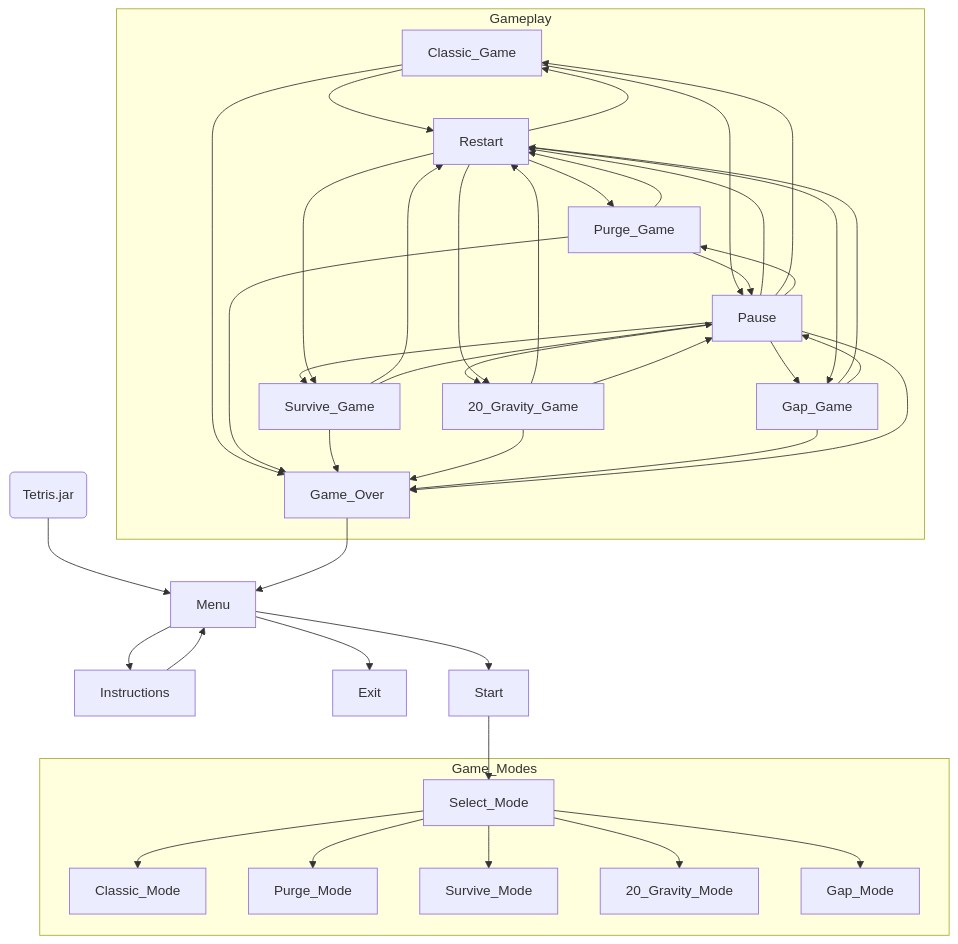
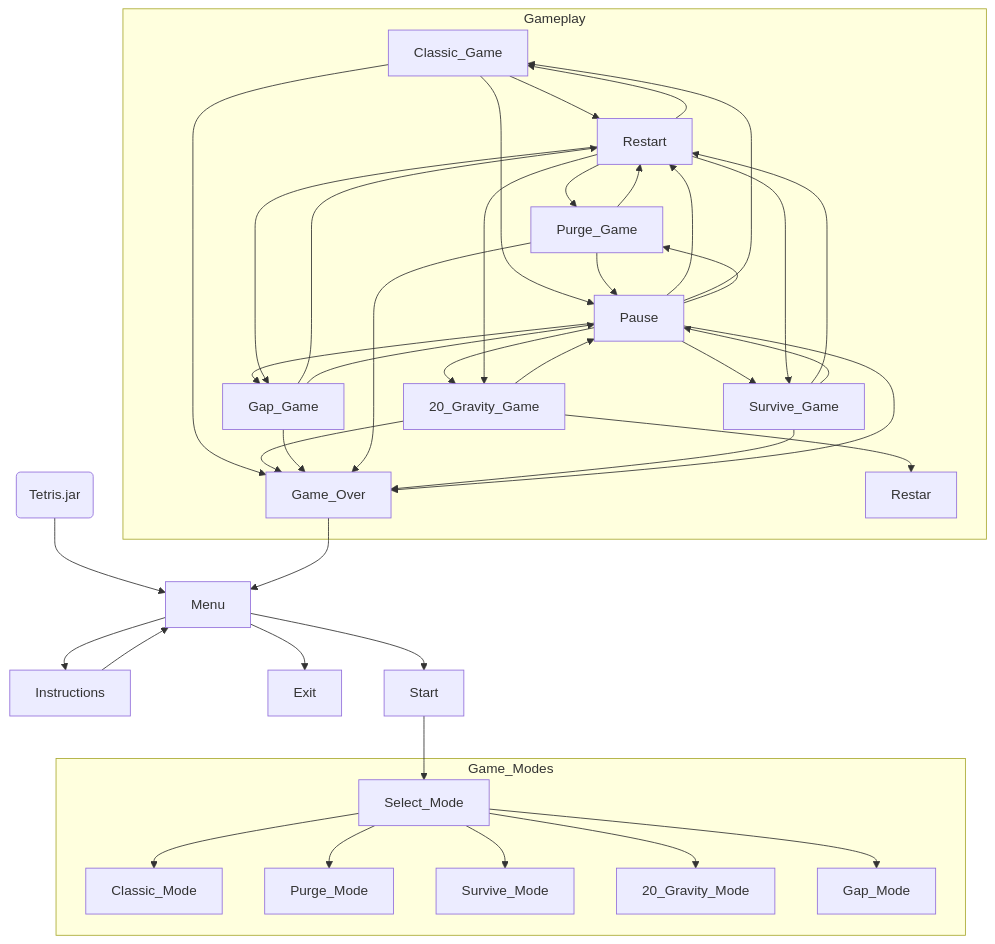
One commit to sheng-luen-chung/JAVA_11302_Project changed the second of 3 diagrams in README.md. Above: the diagram before and after it, drawn with Mermaid.

````diff
--- a/README.md
+++ b/README.md
@@ -534,55 +534,57 @@
 ```mermaid
  flowchart TD
     Execute(Tetris.jar)
     Execute --> Menu
     Menu --> Instructions
     Menu --> Exit
     Instructions --> Menu
     Menu --> Start
 
     Start --> Select_Mode
 
     subgraph Game_Modes
         Select_Mode --> Classic_Mode
         Select_Mode --> Purge_Mode
         Select_Mode --> Survive_Mode
         Select_Mode --> 20_Gravity_Mode
         Select_Mode --> Gap_Mode
     end
 
     subgraph Gameplay
         Classic_Game --> Game_Over
+        Classic_Game --> Restart
+        Classic_Game --> Pause
+
+        20_Gravity_Game --> Game_Over
+        20_Gravity_Game --> Restar
+        20_Gravity_Game --> Pause
+
+        Gap_Game --> Game_Over
+        Gap_Game --> Restart
+        Gap_Game --> Pause
+
         Purge_Game --> Game_Over
-        Survive_Game --> Game_Over
-        20_Gravity_Game --> Game_Over
-        Gap_Game --> Game_Over
-
-        Classic_Game --> Restart
         Purge_Game --> Restart
+        Purge_Game --> Pause
+       
         Survive_Game --> Restart
-        20_Gravity_Game --> Restart
-        Gap_Game --> Restart
-
-        Classic_Game --> Pause
-        Purge_Game --> Pause
+        Survive_Game --> Game_Over        
         Survive_Game --> Pause
-        20_Gravity_Game --> Pause
-        Gap_Game --> Pause
     end
 
         Pause --> Game_Over
         Pause --> Restart
         Pause --> Classic_Game 
         Pause --> Purge_Game
         Pause --> Survive_Game
         Pause --> 20_Gravity_Game
         Pause --> Gap_Game
 
     Game_Over --> Menu
 
     Restart --> Classic_Game 
     Restart --> Purge_Game
     Restart --> Survive_Game
     Restart --> 20_Gravity_Game
     Restart --> Gap_Game
 ```
````
